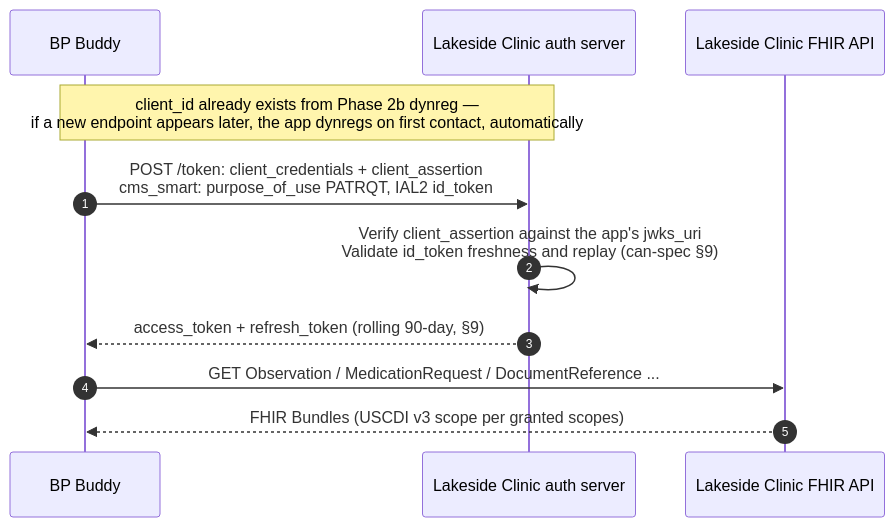
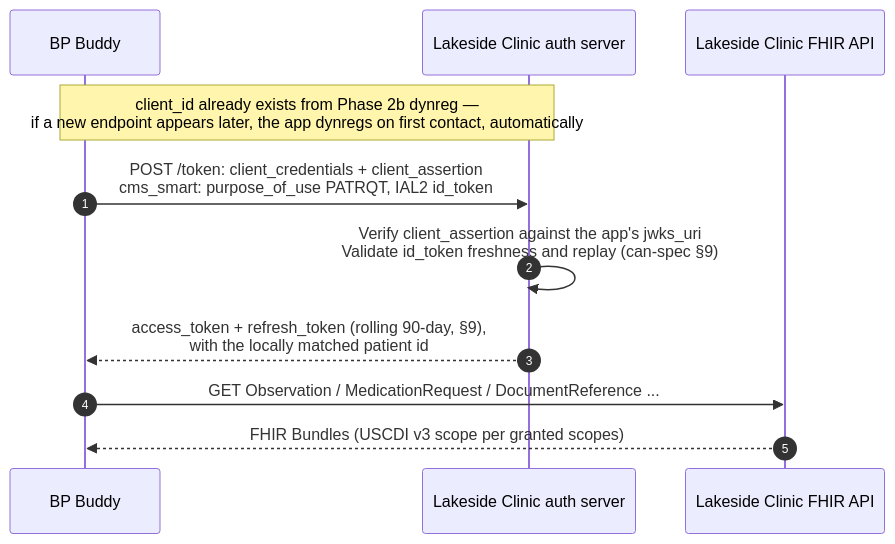
The eighth of 9 diagrams in app-connectivity-flows.md (jmandel/cms-ns), drawn with Mermaid before and after one commit. The commit also changed other lines of this file and 14 other files, not shown here.

````diff
--- a/app-connectivity-flows.md
+++ b/app-connectivity-flows.md
@@ -244,14 +249,14 @@
 ```mermaid
 sequenceDiagram
     autonumber
     participant App as BP Buddy
     participant LAS as Lakeside Clinic auth server
     participant LFHIR as Lakeside Clinic FHIR API
 
     Note over App,LAS: client_id already exists from Phase 2b dynreg —<br/>if a new endpoint appears later, the app dynregs on first contact, automatically
     App->>LAS: POST /token: client_credentials + client_assertion<br/>cms_smart: purpose_of_use PATRQT, IAL2 id_token
     LAS->>LAS: Verify client_assertion against the app's jwks_uri<br/>Validate id_token freshness and replay (can-spec §9)
-    LAS-->>App: access_token + refresh_token (rolling 90-day, §9)
+    LAS-->>App: access_token + refresh_token (rolling 90-day, §9),<br/>with the locally matched patient id
     App->>LFHIR: GET Observation / MedicationRequest / DocumentReference ...
     LFHIR-->>App: FHIR Bundles (USCDI v3 scope per granted scopes)
 ```
````
